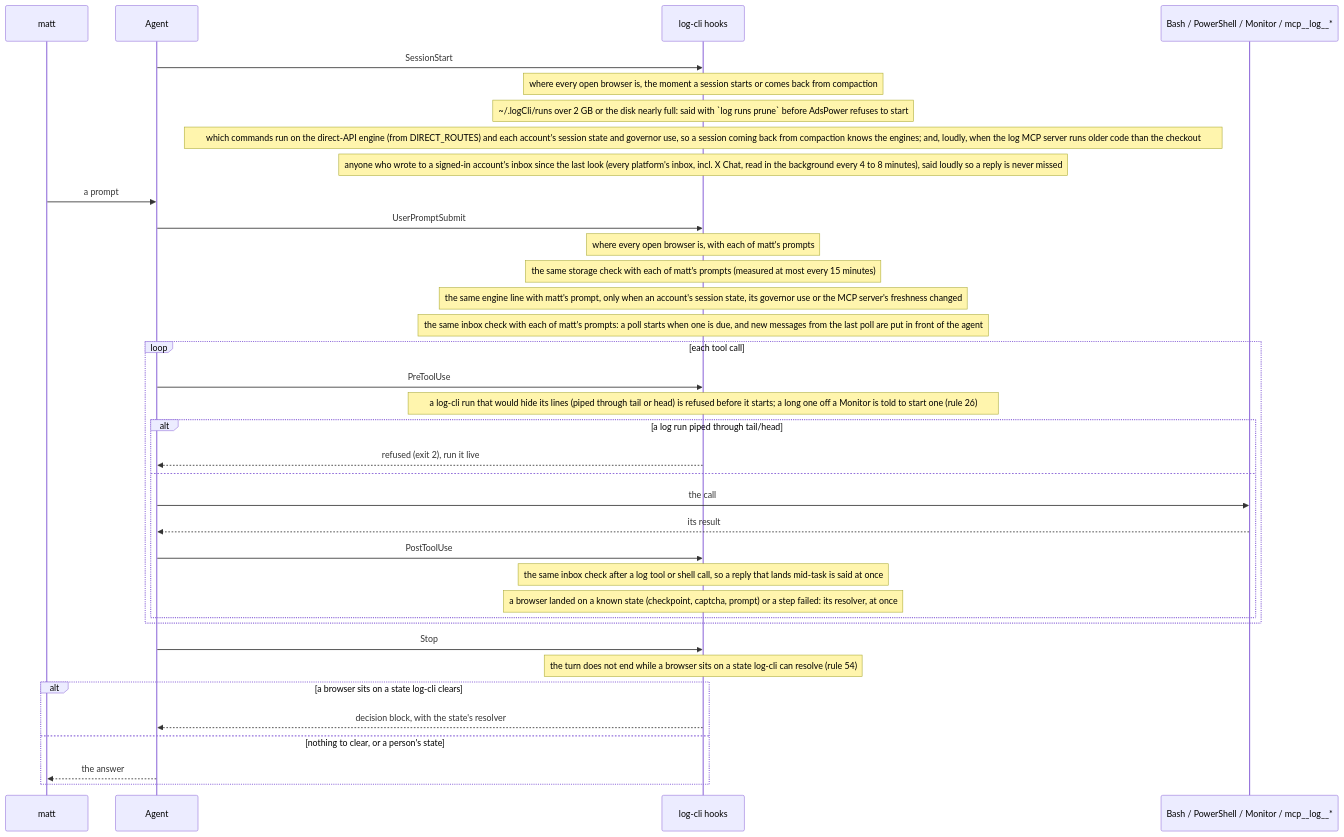
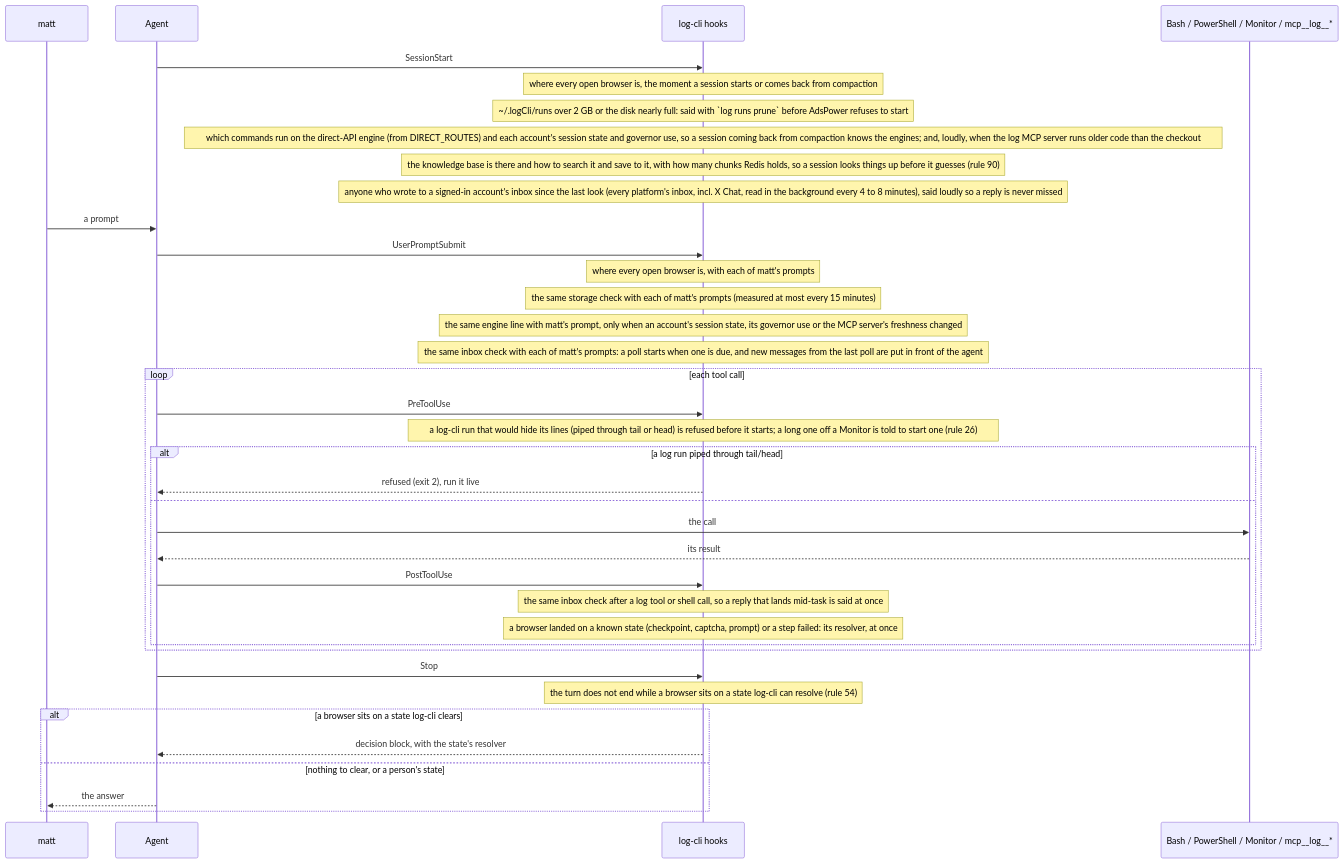
Before and after one commit to matthewdonsemail-lab/log: the diagram in docs/diagrams/hooks.mmd, drawn with Mermaid. The commit also changed 27 other files, not shown here.

Commit message:
feat(kb): knowledge base in ListeningKit's Twenty, searched through Redis

```diff
--- a/docs/diagrams/hooks.mmd
+++ b/docs/diagrams/hooks.mmd
@@ -1,38 +1,39 @@
 %% The hooks in one turn. Written from `AGENT_HOOKS` (`src/agentHooks/registry`); the same list gives Claude Code's `.claude/settings.json` and Codex's `.codex/hooks.json`.
 %% Written by `bun run docs:build` from the code (rule 56). Not edited by hand.
 sequenceDiagram
   participant matt
   participant Agent
   participant Hook as log-cli hooks
   participant Tool as Bash / PowerShell / Monitor / mcp__log__*
   Agent->>Hook: SessionStart
   Note over Hook: where every open browser is, the moment a session starts or comes back from compaction
   Note over Hook: ~/.logCli/runs over 2 GB or the disk nearly full: said with `log runs prune` before AdsPower refuses to start
   Note over Hook: which commands run on the direct-API engine (from DIRECT_ROUTES) and each account's session state and governor use, so a session coming back from compaction knows the engines#59; and, loudly, when the log MCP server runs older code than the checkout
+  Note over Hook: the knowledge base is there and how to search it and save to it, with how many chunks Redis holds, so a session looks things up before it guesses (rule 90)
   Note over Hook: anyone who wrote to a signed-in account's inbox since the last look (every platform's inbox, incl. X Chat, read in the background every 4 to 8 minutes), said loudly so a reply is never missed
   matt->>Agent: a prompt
   Agent->>Hook: UserPromptSubmit
   Note over Hook: where every open browser is, with each of matt's prompts
   Note over Hook: the same storage check with each of matt's prompts (measured at most every 15 minutes)
   Note over Hook: the same engine line with matt's prompt, only when an account's session state, its governor use or the MCP server's freshness changed
   Note over Hook: the same inbox check with each of matt's prompts: a poll starts when one is due, and new messages from the last poll are put in front of the agent
   loop each tool call
     Agent->>Hook: PreToolUse
     Note over Hook: a log-cli run that would hide its lines (piped through tail or head) is refused before it starts#59; a long one off a Monitor is told to start one (rule 26)
     alt a log run piped through tail/head
       Hook-->>Agent: refused (exit 2), run it live
     else
       Agent->>Tool: the call
       Tool-->>Agent: its result
       Agent->>Hook: PostToolUse
     Note over Hook: the same inbox check after a log tool or shell call, so a reply that lands mid-task is said at once
     Note over Hook: a browser landed on a known state (checkpoint, captcha, prompt) or a step failed: its resolver, at once
     end
   end
   Agent->>Hook: Stop
   Note over Hook: the turn does not end while a browser sits on a state log-cli can resolve (rule 54)
   alt a browser sits on a state log-cli clears
     Hook-->>Agent: decision block, with the state's resolver
   else nothing to clear, or a person's state
     Agent-->>matt: the answer
   end
```
